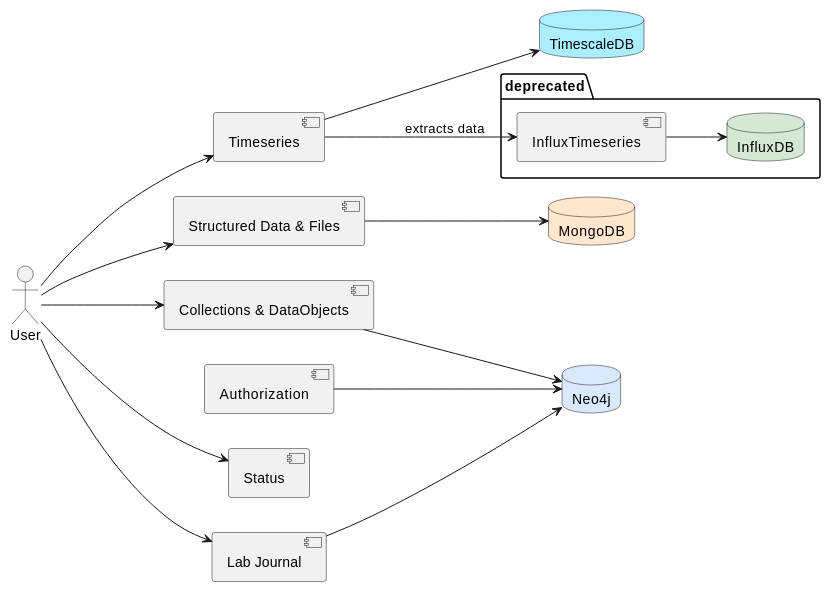
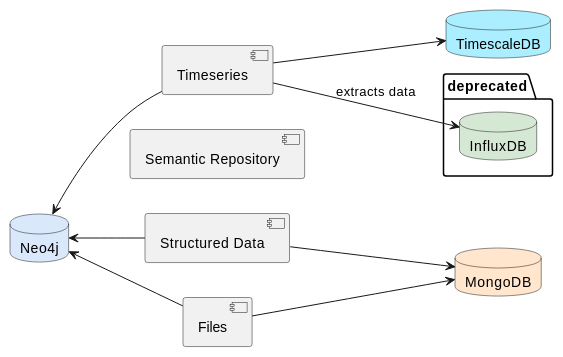
The fourth of 6 diagrams in architecture/src/05_building_block_view/index.adoc (noheton/shepard), drawn with PlantUML before and after one commit. The commit also changed other lines of this file and 943 other files, not shown here.

```diff
--- a/architecture/src/05_building_block_view/index.adoc
+++ b/architecture/src/05_building_block_view/index.adoc
@@ -67,40 +175,31 @@
-[plantuml, "{plantUMLDir}whitebox-backend", png]
+[plantuml, "{plantUMLDir}level-3-overview", png]
 ----
-@startuml Whitebox Backend
+@startuml Level 3 Overview
 left to right direction
 
-:User: as user
+[Timeseries] as timeseries
+[Structured Data] as structureddata
+[Files] as files
+[Semantic Repository] as semantic
 
 package "deprecated" {
-  [InfluxTimeseries] as influx
   database "InfluxDB" as influxdb #D5E8D4
 }
-
-[Authorization] as authorization
-[Collections & DataObjects] as collections
-[Timeseries] as timeseries
-[Structured Data & Files] as files
-[Lab Journal] as labjournal
-[Status] as status
 
 database "Neo4j" as neo4j #DAE8FC
 database "TimescaleDB" as timescaledb #AAEEFF
 database "MongoDB" as mongodb #FFE6CC
 
-user ---> collections
-user ---> timeseries
-user ---> files
-user ---> labjournal
-user ---> status
+timeseries --> influxdb: extracts data
 
-timeseries --> influx: extracts data
+neo4j <-- timeseries
+neo4j <-- structureddata
+neo4j <-- files
+timeseries --> timescaledb
+structureddata --> mongodb
+files --> mongodb
 
-authorization --> neo4j
-collections --> neo4j
-labjournal --> neo4j
-influx --> influxdb
-timeseries --> timescaledb
-files --> mongodb
+timeseries -[hidden]> semantic
 
 @enduml
 ----
```
